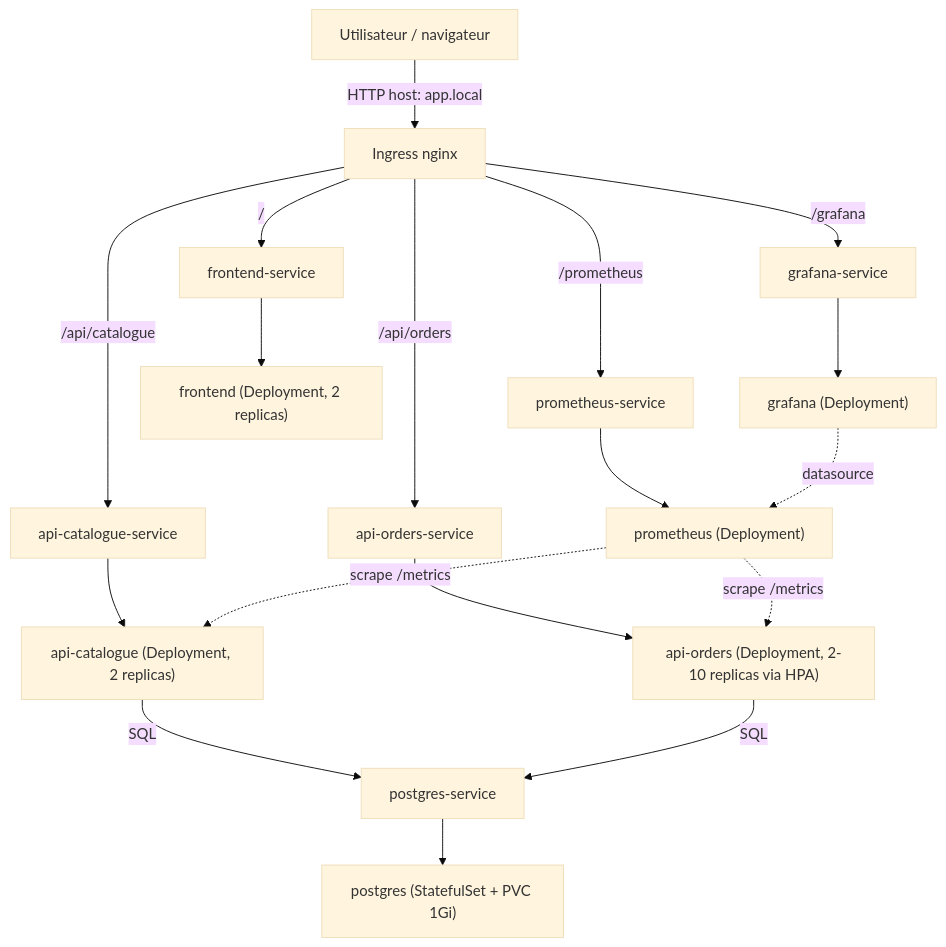
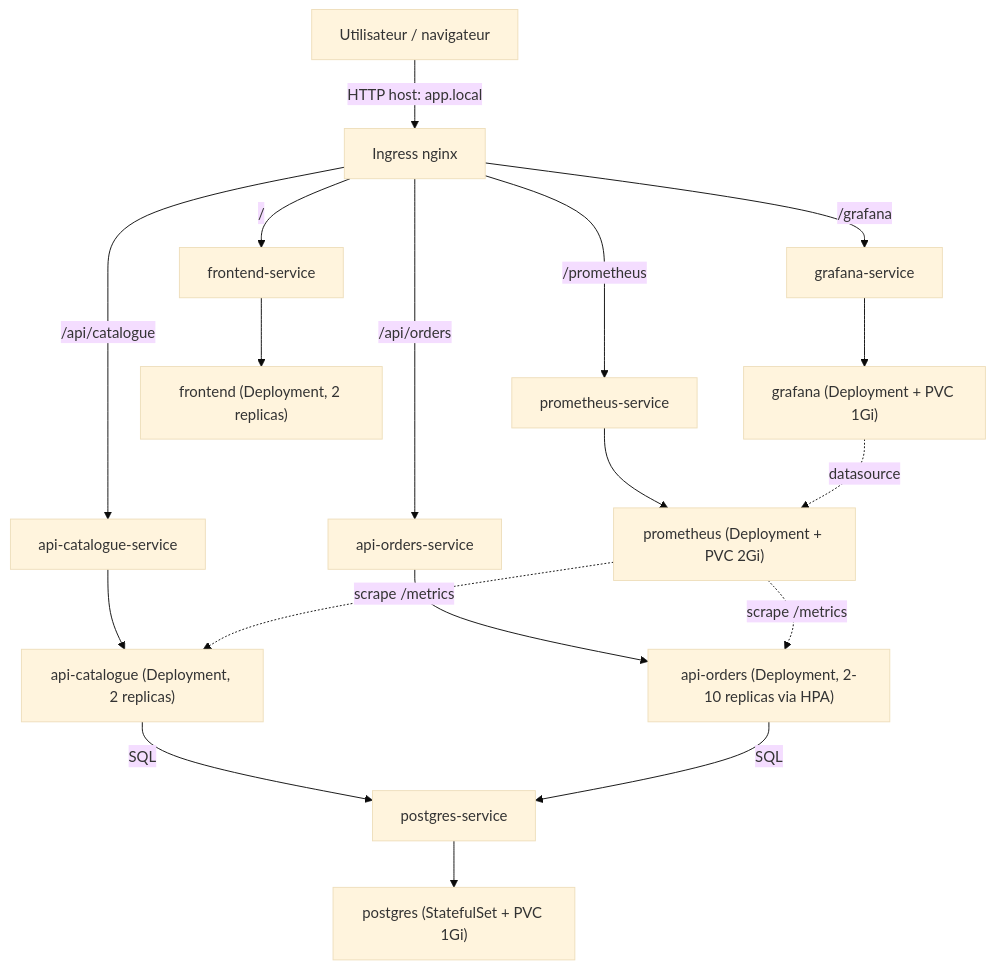
One commit to Zastial/esgi-clusterisation-tpfinal changed the diagram in README.md. Above: the diagram before and after it, drawn with Mermaid (base theme). The commit also changed other lines of this file and 1 other file, not shown here.

````diff
--- a/README.md
+++ b/README.md
@@ -18,24 +18,24 @@
 ```mermaid
 graph TD
     User["Utilisateur / navigateur"] -->|"HTTP host: app.local"| Ingress["Ingress nginx"]
 
     Ingress -->|"/"| FrontendSvc["frontend-service"]
     Ingress -->|"/api/catalogue"| CatalogueSvc["api-catalogue-service"]
     Ingress -->|"/api/orders"| OrdersSvc["api-orders-service"]
     Ingress -->|"/prometheus"| PromSvc["prometheus-service"]
     Ingress -->|"/grafana"| GrafanaSvc["grafana-service"]
 
     FrontendSvc --> FrontendPods["frontend (Deployment, 2 replicas)"]
     CatalogueSvc --> CataloguePods["api-catalogue (Deployment, 2 replicas)"]
     OrdersSvc --> OrdersPods["api-orders (Deployment, 2-10 replicas via HPA)"]
-    PromSvc --> PromPod["prometheus (Deployment)"]
-    GrafanaSvc --> GrafanaPod["grafana (Deployment)"]
+    PromSvc --> PromPod["prometheus (Deployment + PVC 2Gi)"]
+    GrafanaSvc --> GrafanaPod["grafana (Deployment + PVC 1Gi)"]
 
     CataloguePods -->|SQL| PostgresSvc["postgres-service"]
     OrdersPods -->|SQL| PostgresSvc
     PostgresSvc --> PostgresSts["postgres (StatefulSet + PVC 1Gi)"]
 
     PromPod -.->|"scrape /metrics"| CataloguePods
     PromPod -.->|"scrape /metrics"| OrdersPods
     GrafanaPod -.->|"datasource"| PromPod
 ```
````
